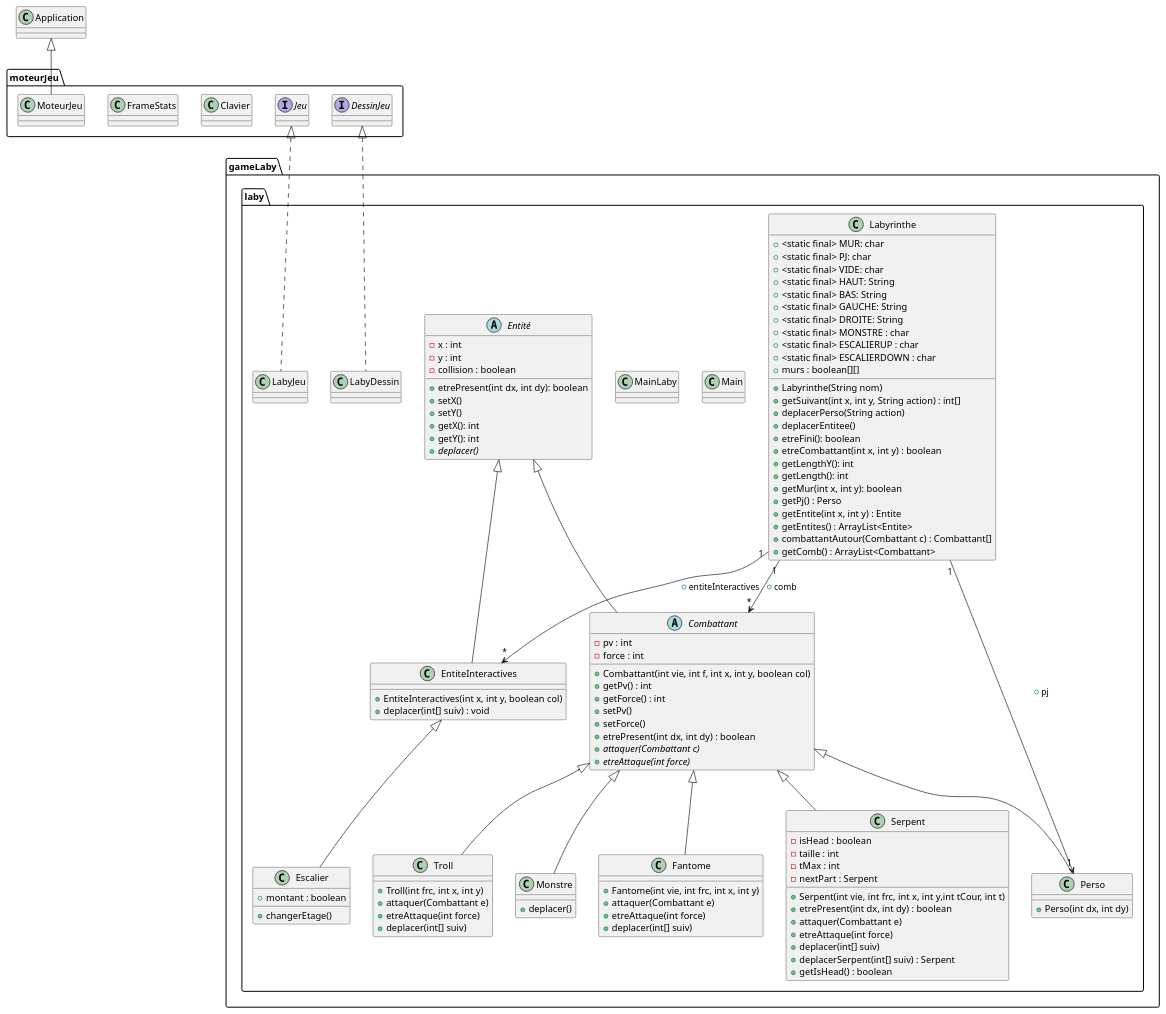
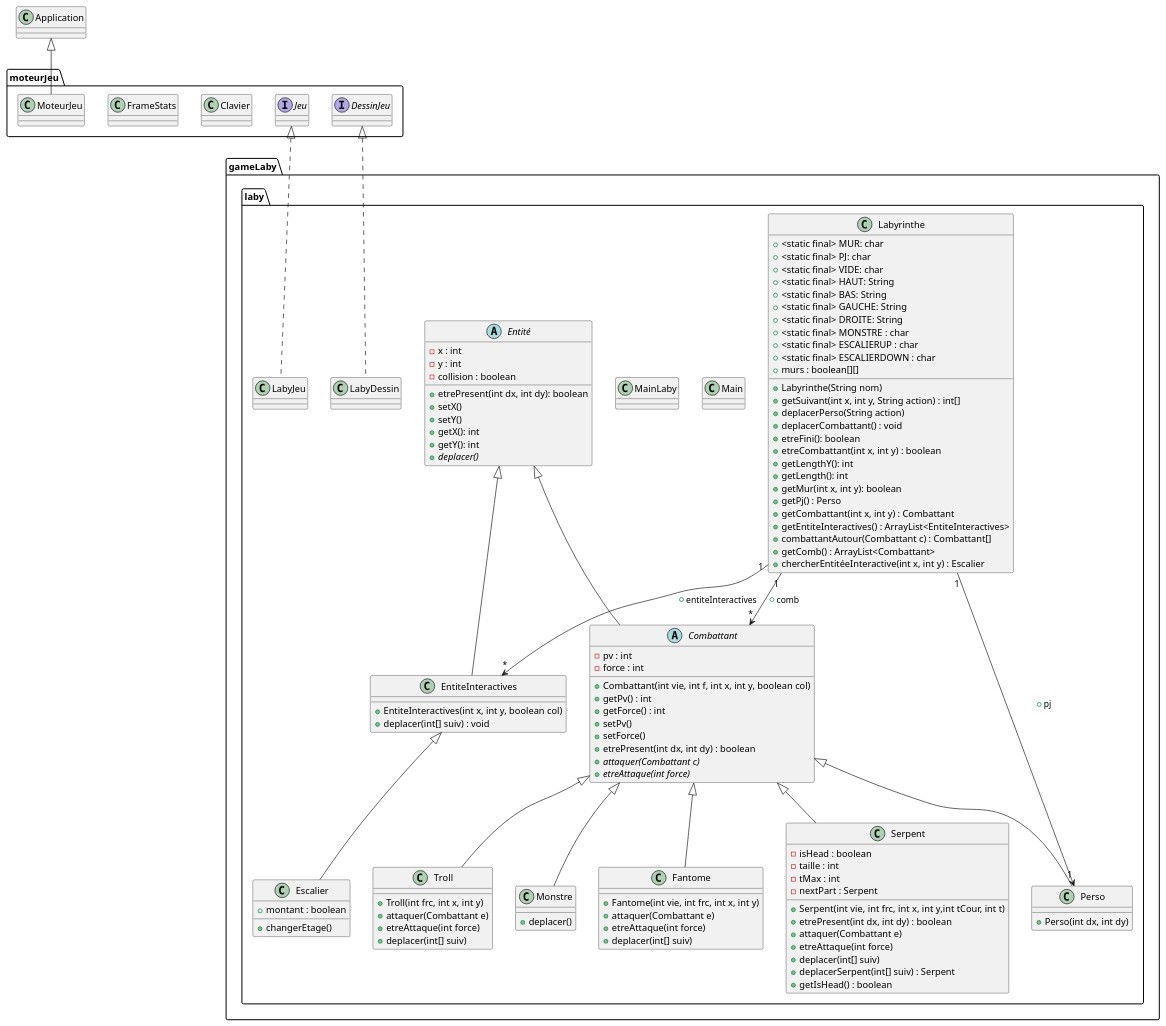
One commit to celie-ponroy/2023_S2.01_Zeldiablo_ponroy_roth_prykhodko_bortolotti changed the diagram in zeldiablo/documents/version_3/diagclass_laby.puml. Above: the diagram before and after it, drawn with PlantUML. The commit also changed 4 other files, not shown here.

Commit message:
modif diagramme classe et mise à jour classe labyrinthe

```diff
--- a/zeldiablo/documents/version_3/diagclass_laby.puml
+++ b/zeldiablo/documents/version_3/diagclass_laby.puml
@@ -1,154 +1,155 @@
 @startuml
 
 package gameLaby.laby{
 
 class Labyrinthe{
 + <static final> MUR: char
 + <static final> PJ: char
 + <static final> VIDE: char
 + <static final> HAUT: String
 + <static final> BAS: String
 + <static final> GAUCHE: String
 + <static final> DROITE: String
 + <static final> MONSTRE : char
 + <static final> ESCALIERUP : char
 + <static final> ESCALIERDOWN : char
 + murs : boolean[][]
 + Labyrinthe(String nom)
 + getSuivant(int x, int y, String action) : int[]
 + deplacerPerso(String action)
-+ deplacerEntitee()
++ deplacerCombattant() : void
 + etreFini(): boolean
 + etreCombattant(int x, int y) : boolean
 + getLengthY(): int
 + getLength(): int
 + getMur(int x, int y): boolean
 + getPj() : Perso
-+ getEntite(int x, int y) : Entite
-+ getEntites() : ArrayList<Entite>
++ getCombattant(int x, int y) : Combattant
++ getEntiteInteractives() : ArrayList<EntiteInteractives>
 + combattantAutour(Combattant c) : Combattant[]
 + getComb() : ArrayList<Combattant>
++ chercherEntitéeInteractive(int x, int y) : Escalier
 }
 
 
 class Main{
 }
 
 class MainLaby{
 }
 
 class Perso{
 +Perso(int dx, int dy)
 }
 
 Abstract class Entité{
 - x : int
 - y : int
 - collision : boolean
 + etrePresent(int dx, int dy): boolean
 +setX()
 +setY()
 +getX(): int
 +getY(): int
 +{abstract}deplacer()
 }
 
 Abstract class Combattant{
 - pv : int
 - force : int
 + Combattant(int vie, int f, int x, int y, boolean col)
 + getPv() : int
 + getForce() : int
 + setPv()
 + setForce()
 + etrePresent(int dx, int dy) : boolean
 + {abstract}attaquer(Combattant c)
 + {abstract}etreAttaque(int force)
 }
 
 class EntiteInteractives{
 + EntiteInteractives(int x, int y, boolean col)
 + deplacer(int[] suiv) : void
 }
 
 class Monstre{
 + deplacer()
 }
 
 class Fantome{
 + Fantome(int vie, int frc, int x, int y)
 + attaquer(Combattant e)
 + etreAttaque(int force)
 + deplacer(int[] suiv)
 }
 
 class Serpent{
 - isHead : boolean
 - taille : int
 - tMax : int
 - nextPart : Serpent
 + Serpent(int vie, int frc, int x, int y,int tCour, int t)
 + etrePresent(int dx, int dy) : boolean
 + attaquer(Combattant e)
 + etreAttaque(int force)
 + deplacer(int[] suiv)
 + deplacerSerpent(int[] suiv) : Serpent
 + getIsHead() : boolean
 }
 
 class Troll{
 + Troll(int frc, int x, int y)
 + attaquer(Combattant e)
 + etreAttaque(int force)
 + deplacer(int[] suiv)
 }
 
 class Escalier{
 + montant : boolean
 + changerEtage()
 }
 
 class LabyJeu{
 }
 
 class LabyDessin{
 }
 
 }
 
 package moteurJeu{
 
 interface Jeu{
 }
 
 interface DessinJeu{
 }
 
 class Clavier{
 }
 
 class FrameStats{
 }
 
 class MoteurJeu{
 }
 
 }
 
 Labyrinthe "1" --> "*" EntiteInteractives : + entiteInteractives
 Labyrinthe "1" --> "*" Combattant : + comb
 Labyrinthe "1" --> "1" Perso : + pj
 
 Entité <|-- Combattant
 Entité <|-- EntiteInteractives
 Combattant <|-- Monstre
 Combattant <|-- Perso
 Combattant <|-- Fantome
 Combattant <|-- Serpent
 Combattant <|-- Troll
 EntiteInteractives <|-- Escalier
 Jeu <|.. LabyJeu
 DessinJeu <|.. LabyDessin
 Application <|-- MoteurJeu
 
 @enduml
```
